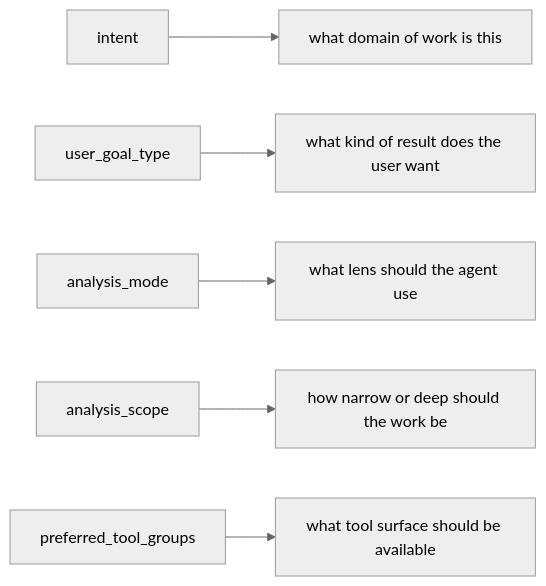
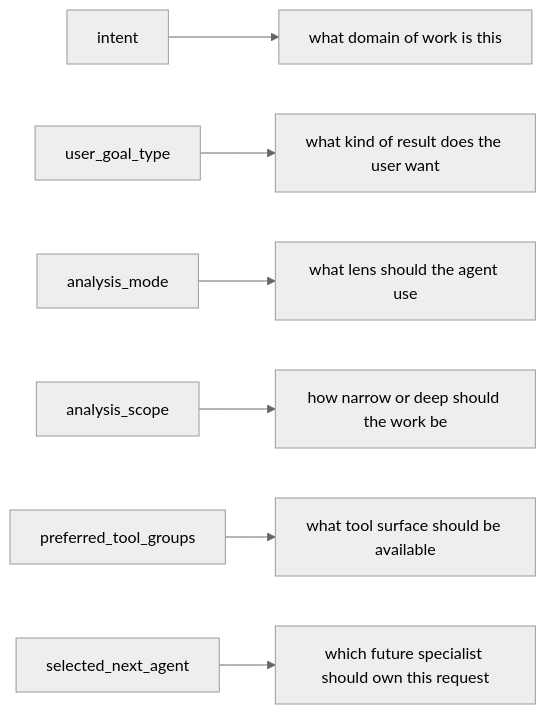
The second of 2 diagrams in agents/routing/intent-routing.mdx (FajarArrizki/docs), drawn with Mermaid (neutral theme) before and after one commit. The commit also changed other lines of this file and 9 other files, not shown here.

````diff
--- a/agents/routing/intent-routing.mdx
+++ b/agents/routing/intent-routing.mdx
@@ -217,8 +317,9 @@
 ```mermaid
 flowchart LR
     A[intent] --> F[what domain of work is this]
     B[user_goal_type] --> G[what kind of result does the user want]
     C[analysis_mode] --> H[what lens should the agent use]
     D[analysis_scope] --> I[how narrow or deep should the work be]
     E[preferred_tool_groups] --> J[what tool surface should be available]
+    K[selected_next_agent] --> L[which future specialist should own this request]
 ```
````
